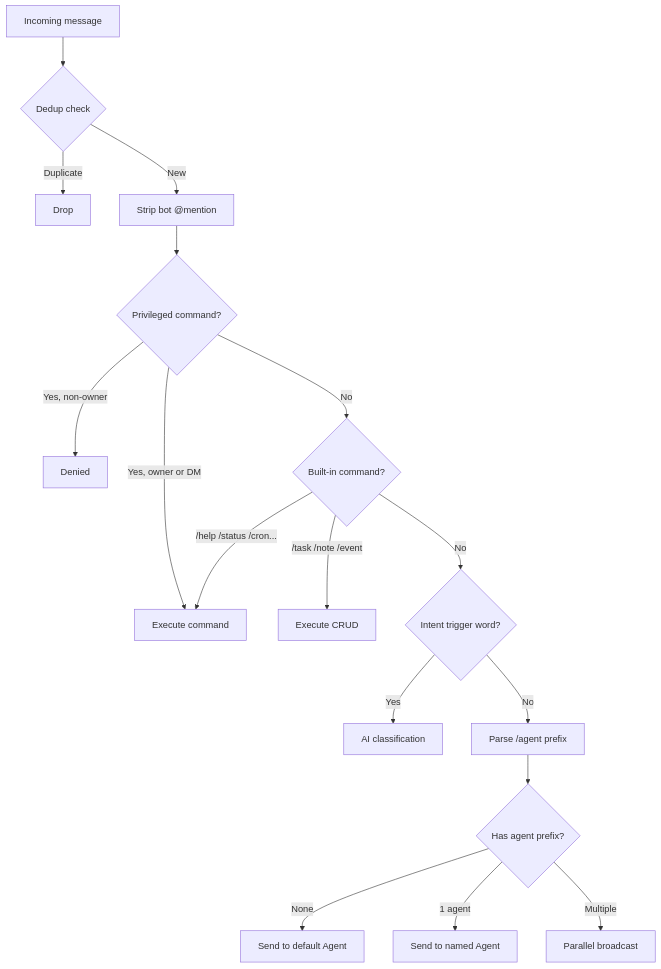
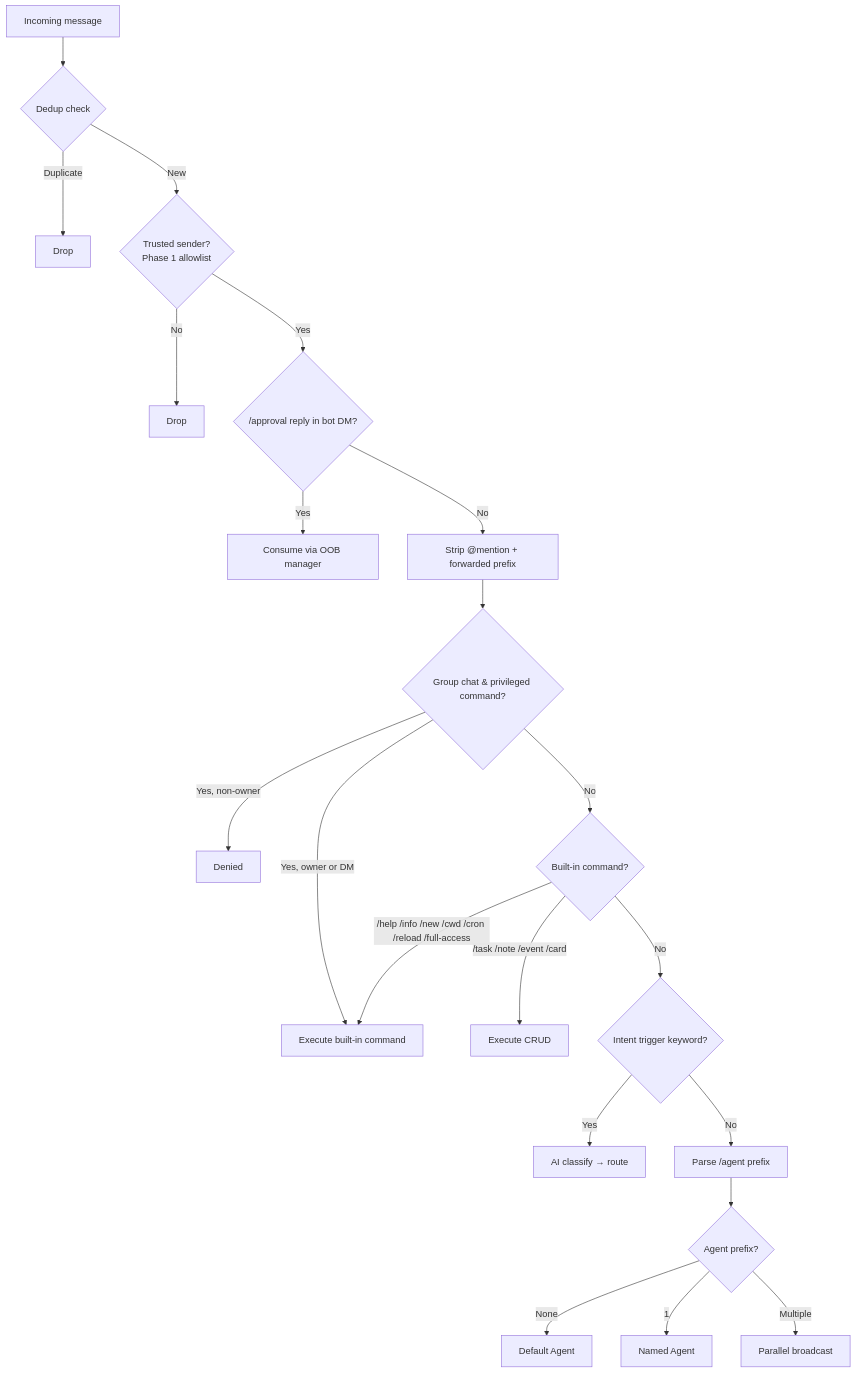
Before and after one commit to ringclaw/ringclaw: the second of 3 diagrams in docs/guide/how-it-works.md, drawn with Mermaid. The commit also changed 8 other files, not shown here.

First line of the commit message:
docs: refresh mermaid diagrams and restructure site nav

````diff
--- a/docs/guide/how-it-works.md
+++ b/docs/guide/how-it-works.md
@@ -25,19 +25,23 @@
 ```mermaid
 flowchart TD
     Msg[Incoming message] --> Dedup{Dedup check}
     Dedup -->|Duplicate| Drop[Drop]
-    Dedup -->|New| Strip[Strip bot @mention]
-    Strip --> Priv{Privileged command?}
+    Dedup -->|New| TS{Trusted sender?<br/>Phase 1 allowlist}
+    TS -->|No| Drop2[Drop]
+    TS -->|Yes| Approval{/approval reply in bot DM?}
+    Approval -->|Yes| OOB[Consume via OOB manager]
+    Approval -->|No| Strip[Strip @mention + forwarded prefix]
+    Strip --> Priv{Group chat & privileged command?}
     Priv -->|Yes, non-owner| Block[Denied]
-    Priv -->|Yes, owner or DM| Cmd[Execute command]
+    Priv -->|Yes, owner or DM| Cmd[Execute built-in command]
     Priv -->|No| BuiltIn{Built-in command?}
-    BuiltIn -->|/help /status /cron...| Cmd
-    BuiltIn -->|/task /note /event| CRUD[Execute CRUD]
-    BuiltIn -->|No| Intent{Intent trigger word?}
-    Intent -->|Yes| Classify[AI classification]
+    BuiltIn -->|/help /info /new /cwd /cron /reload /full-access| Cmd
+    BuiltIn -->|/task /note /event /card| CRUD[Execute CRUD]
+    BuiltIn -->|No| Intent{Intent trigger keyword?}
+    Intent -->|Yes| Classify[AI classify → route]
     Intent -->|No| Parse[Parse /agent prefix]
-    Parse --> HasAgent{Has agent prefix?}
-    HasAgent -->|None| Default[Send to default Agent]
-    HasAgent -->|1 agent| Named[Send to named Agent]
+    Parse --> HasAgent{Agent prefix?}
+    HasAgent -->|None| Default[Default Agent]
+    HasAgent -->|1| Named[Named Agent]
     HasAgent -->|Multiple| Broadcast[Parallel broadcast]
 ```
````
